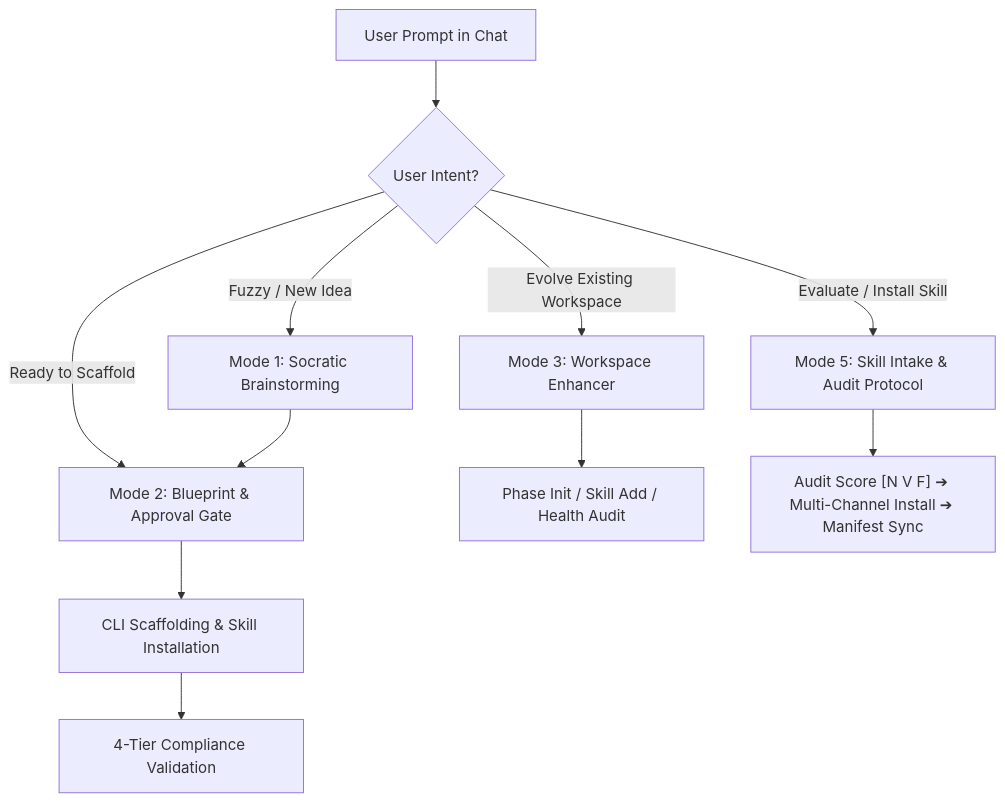
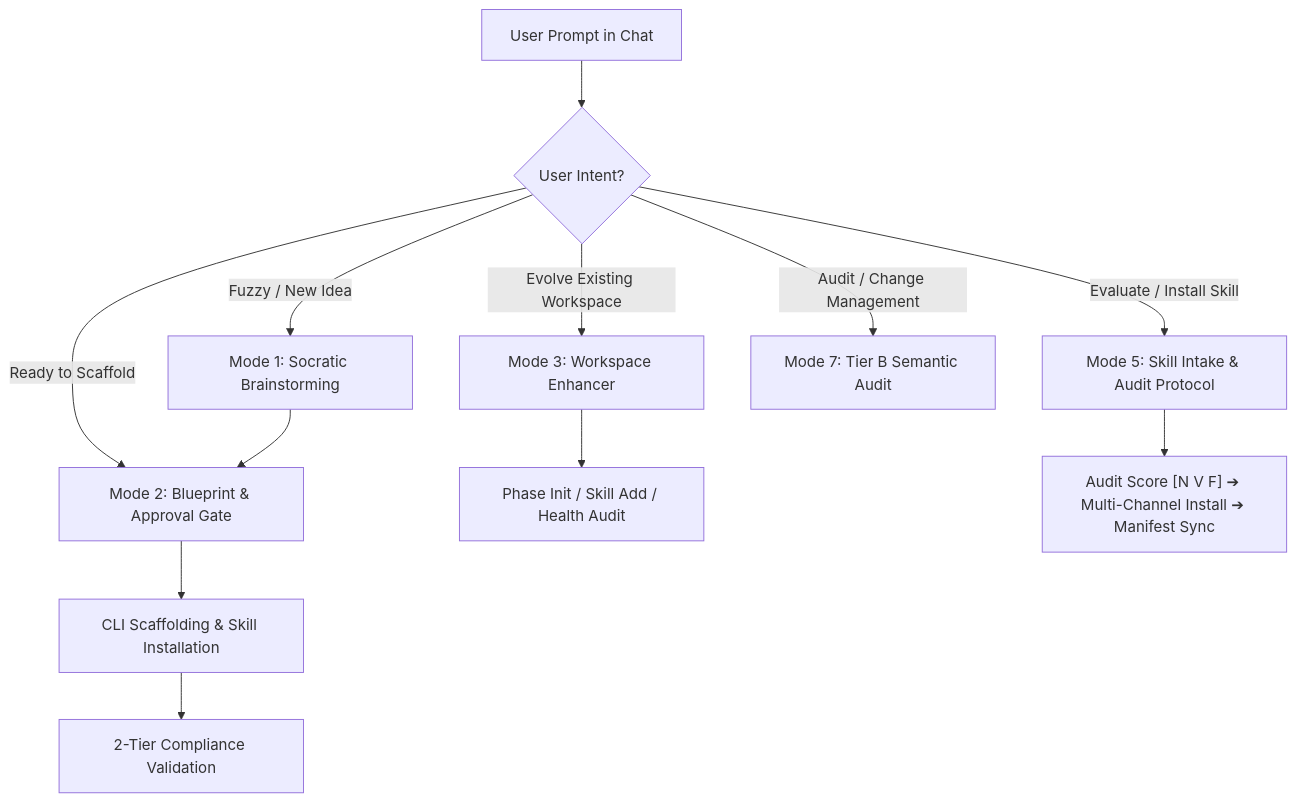
One commit to sarmad4444/icm-factory changed the diagram in skills/workspace-architect/SKILL.md. Above: the diagram before and after it, drawn with Mermaid. The commit also changed other lines of this file and 30 other files, not shown here.

Commit message:
feat(governance): standardize 5-part prompt architecture, 2-tier audit, and unified 5-layer floor plan

````diff
--- a/skills/workspace-architect/SKILL.md
+++ b/skills/workspace-architect/SKILL.md
@@ -28,14 +28,15 @@
 ```mermaid
 graph TD
     A["User Prompt in Chat"] --> B{"User Intent?"}
     B -->|"Fuzzy / New Idea"| C["Mode 1: Socratic Brainstorming"]
     B -->|"Ready to Scaffold"| D["Mode 2: Blueprint & Approval Gate"]
     B -->|"Evolve Existing Workspace"| E["Mode 3: Workspace Enhancer"]
     B -->|"Evaluate / Install Skill"| F["Mode 5: Skill Intake & Audit Protocol"]
+    B -->|"Audit / Change Management"| G["Mode 7: Tier B Semantic Audit"]
     
     C --> D
-    D --> G["CLI Scaffolding & Skill Installation"]
-    G --> H["4-Tier Compliance Validation"]
-    E --> I["Phase Init / Skill Add / Health Audit"]
-    F --> J["Audit Score [N V F] ➔ Multi-Channel Install ➔ Manifest Sync"]
+    D --> H["CLI Scaffolding & Skill Installation"]
+    H --> I["2-Tier Compliance Validation"]
+    E --> J["Phase Init / Skill Add / Health Audit"]
+    F --> K["Audit Score [N V F] ➔ Multi-Channel Install ➔ Manifest Sync"]
 ```
````
